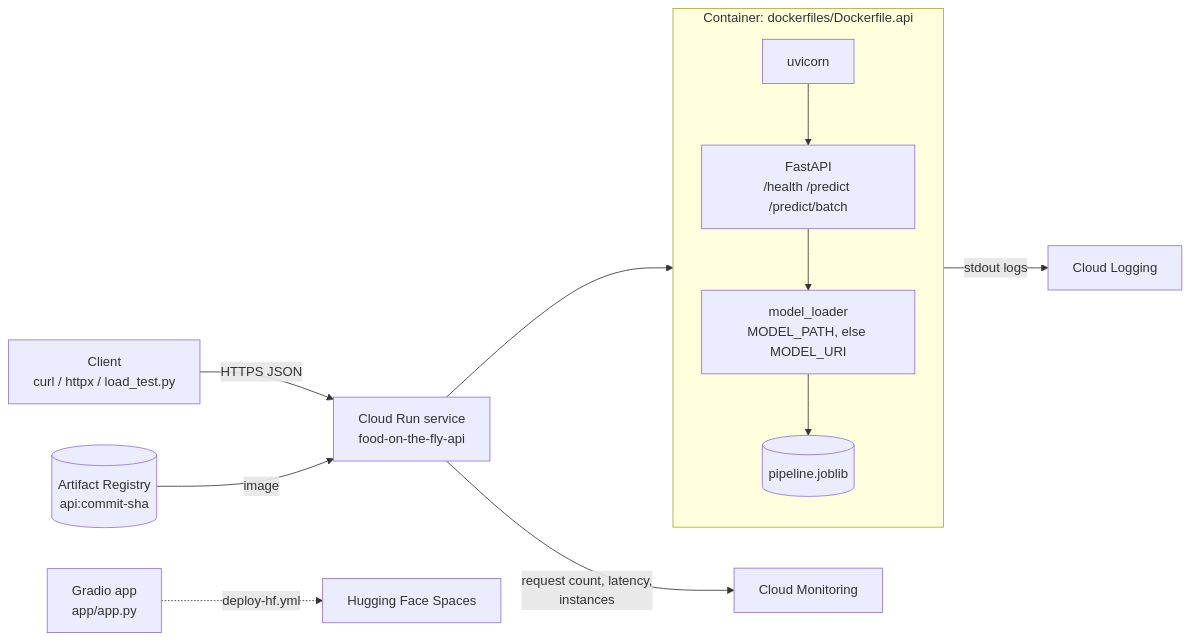
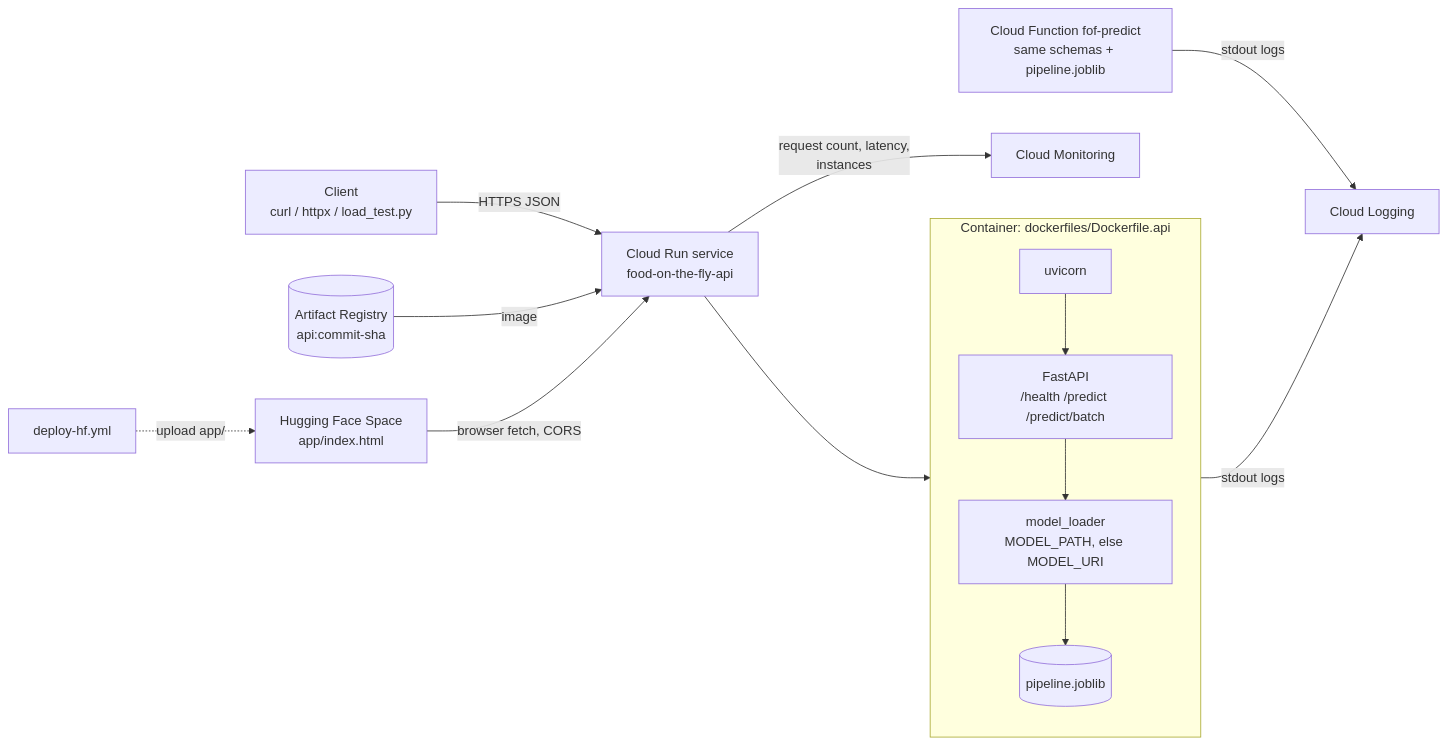
Before and after one commit to amomin1993/food_on_the_fly: the third of 5 diagrams in docs/architecture.md, drawn with Mermaid. The commit also changed other lines of this file and 34 other files, not shown here.

````diff
--- a/docs/architecture.md
+++ b/docs/architecture.md
@@ -41,14 +41,16 @@
 ```mermaid
 flowchart LR
     U[Client<br/>curl / httpx / load_test.py] -->|HTTPS JSON| CR[Cloud Run service<br/>food-on-the-fly-api]
     subgraph CR_box [Container: dockerfiles/Dockerfile.api]
         UV[uvicorn] --> FA[FastAPI<br/>/health /predict /predict/batch]
         FA --> ML[model_loader<br/>MODEL_PATH, else MODEL_URI]
         ML --> P[(pipeline.joblib)]
     end
     CR --> CR_box
     CR_box -->|stdout logs| CL[Cloud Logging]
     CR -->|request count, latency,<br/>instances| CM[Cloud Monitoring]
     AR[(Artifact Registry<br/>api:commit-sha)] -->|image| CR
-    GR[Gradio app<br/>app/app.py] -.->|deploy-hf.yml| HF[Hugging Face Spaces]
+    HF[Hugging Face Space<br/>app/index.html] -->|browser fetch, CORS| CR
+    GH[deploy-hf.yml] -.->|upload app/| HF
+    CF[Cloud Function fof-predict<br/>same schemas + pipeline.joblib] -->|stdout logs| CL
 ```
````
